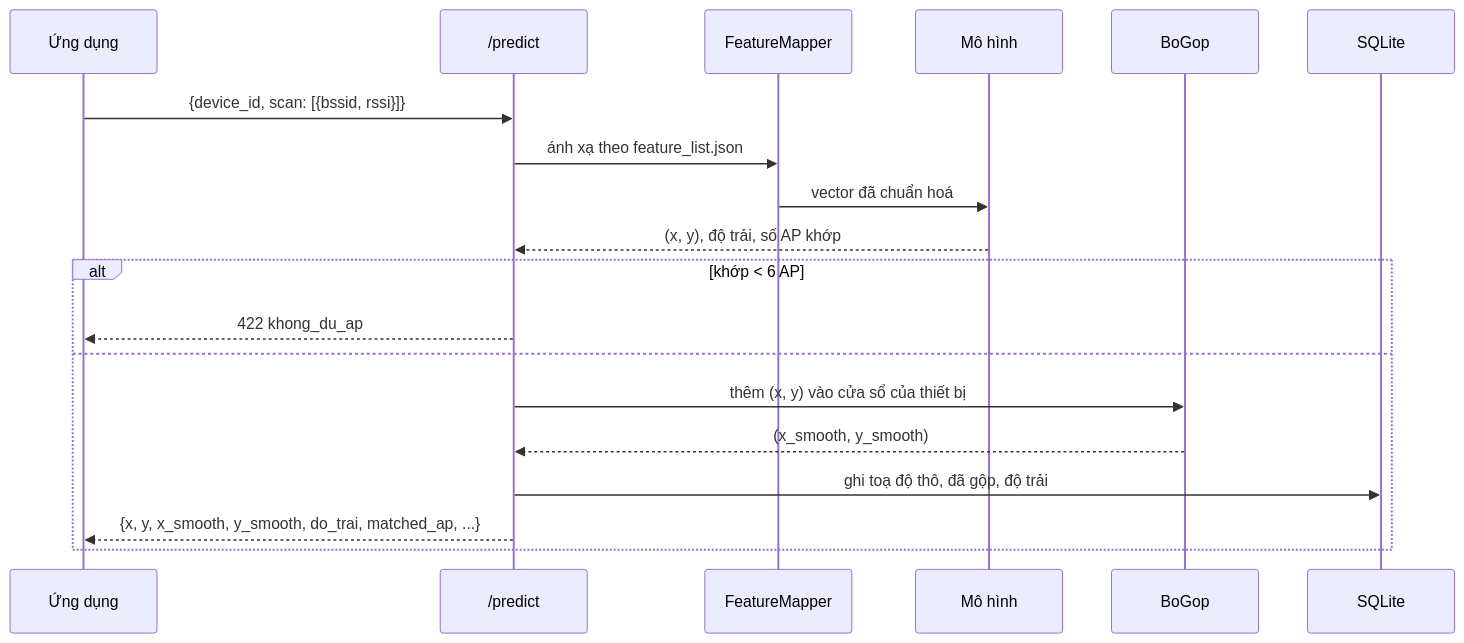
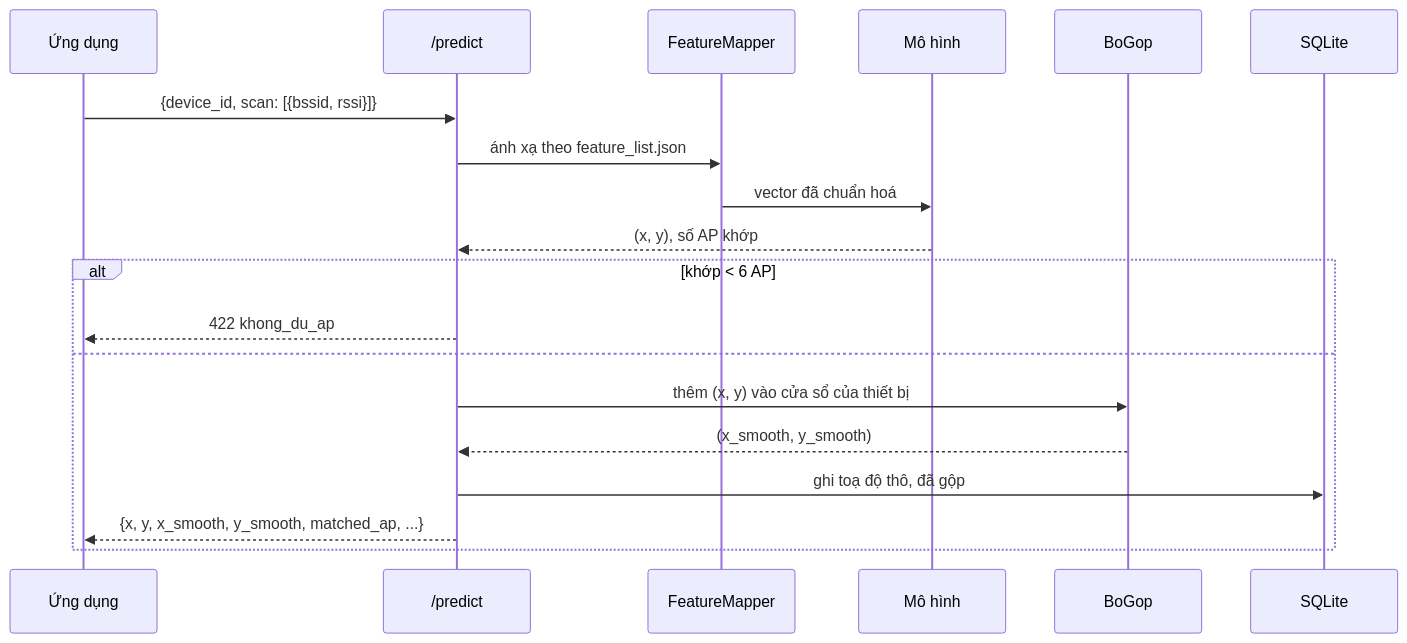
Before and after one commit to DoAnTotNghiep-Indoor/Indoor_Positoning_System-DATN: the second of 3 diagrams in docs/thiet_ke_he_thong.md, drawn with Mermaid. The commit also changed other lines of this file and 19 other files, not shown here.

Commit message:
refactor: gỡ độ trải khỏi app, API và CSDL (dùng thử thực tế không hiệu quả); ghi lại kết quả thử trong tài liệu

````diff
--- a/docs/thiet_ke_he_thong.md
+++ b/docs/thiet_ke_he_thong.md
@@ -78,22 +78,22 @@
 ```mermaid
 sequenceDiagram
   participant A as Ứng dụng
   participant R as /predict
   participant F as FeatureMapper
   participant M as Mô hình
   participant G as BoGop
   participant D as SQLite
 
   A->>R: {device_id, scan: [{bssid, rssi}]}
   R->>F: ánh xạ theo feature_list.json
   F->>M: vector đã chuẩn hoá
-  M-->>R: (x, y), độ trải, số AP khớp
+  M-->>R: (x, y), số AP khớp
   alt khớp < 6 AP
     R-->>A: 422 khong_du_ap
   else
     R->>G: thêm (x, y) vào cửa sổ của thiết bị
     G-->>R: (x_smooth, y_smooth)
-    R->>D: ghi toạ độ thô, đã gộp, độ trải
-    R-->>A: {x, y, x_smooth, y_smooth, do_trai, matched_ap, ...}
+    R->>D: ghi toạ độ thô, đã gộp
+    R-->>A: {x, y, x_smooth, y_smooth, matched_ap, ...}
   end
 ```
````
